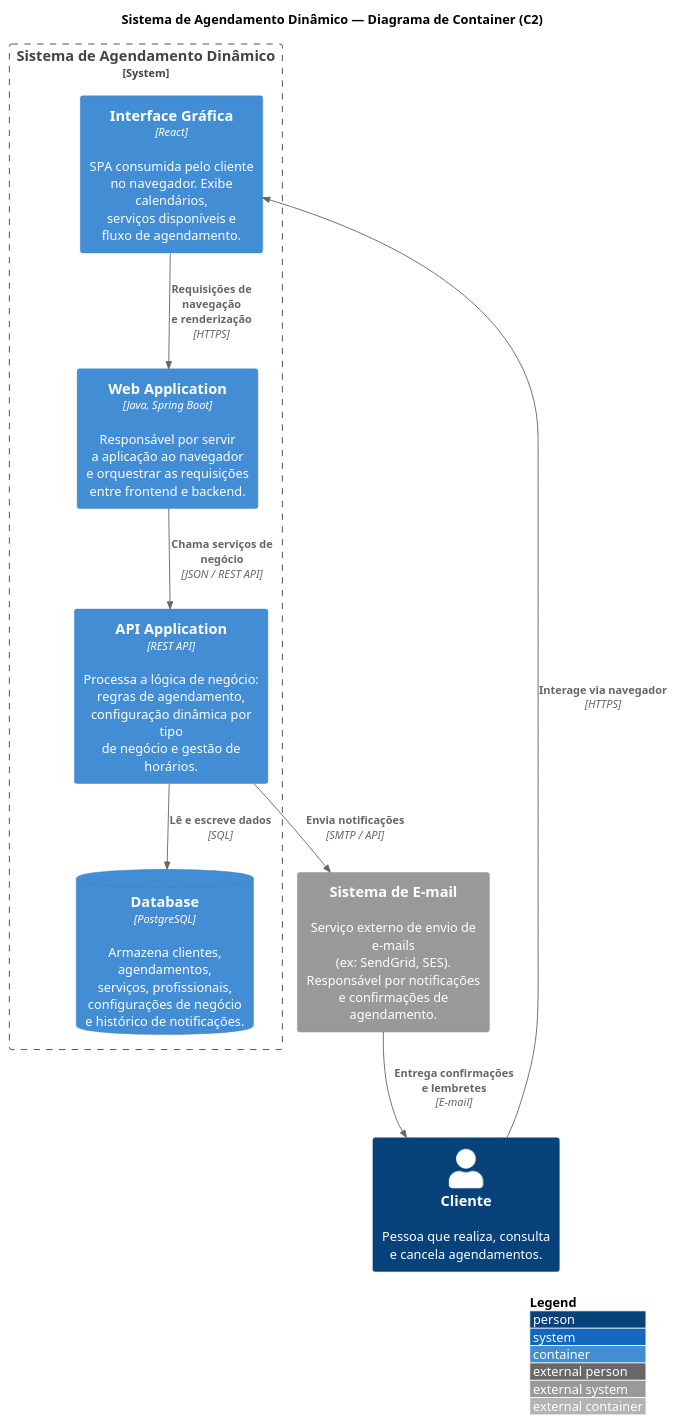
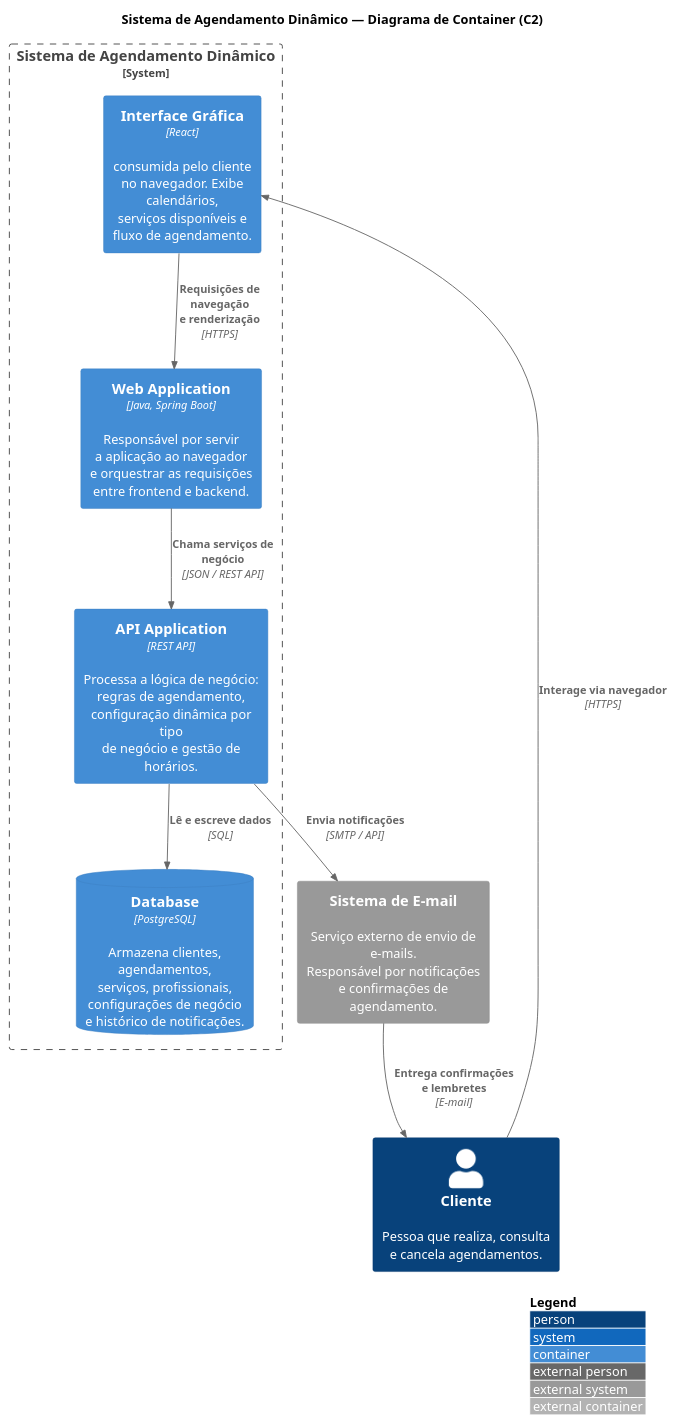
The diagram in DynamicAppointment/src/main/resources/UML/c2.puml (LeonardoAFer/DynamicAppointment), drawn with PlantUML before and after one commit. The commit also changed 20 other files, not shown here.

```diff
--- a/DynamicAppointment/src/main/resources/UML/c2.puml
+++ b/DynamicAppointment/src/main/resources/UML/c2.puml
@@ -1,30 +1,30 @@
 @startuml C4_Agendamento_C2
 !include https://raw.githubusercontent.com/plantuml-stdlib/C4-PlantUML/master/C4_Container.puml
 
 LAYOUT_WITH_LEGEND()
 
 title Sistema de Agendamento Dinâmico — Diagrama de Container (C2)
 
 Person(cliente, "Cliente", "Pessoa que realiza, consulta\ne cancela agendamentos.")
 
 System_Boundary(sistema, "Sistema de Agendamento Dinâmico") {
 
     Container(web_app, "Web Application", "Java, Spring Boot", "Responsável por servir\na aplicação ao navegador\ne orquestrar as requisições\nentre frontend e backend.")
 
-    Container(ui, "Interface Gráfica", "React", "SPA consumida pelo cliente\nno navegador. Exibe calendários,\nserviços disponíveis e\nfluxo de agendamento.")
+    Container(ui, "Interface Gráfica", "React", "consumida pelo cliente\nno navegador. Exibe calendários,\nserviços disponíveis e\nfluxo de agendamento.")
 
     Container(api, "API Application", "REST API", "Processa a lógica de negócio:\nregras de agendamento,\nconfiguração dinâmica por tipo\nde negócio e gestão de horários.")
 
     ContainerDb(db, "Database", "PostgreSQL", "Armazena clientes, agendamentos,\nserviços, profissionais,\nconfigurações de negócio\ne histórico de notificações.")
 }
 
-System_Ext(email, "Sistema de E-mail", "Serviço externo de envio de e-mails\n(ex: SendGrid, SES).\nResponsável por notificações\ne confirmações de agendamento.")
+System_Ext(email, "Sistema de E-mail", "Serviço externo de envio de e-mails.\nResponsável por notificações\ne confirmações de agendamento.")
 
 Rel(cliente, ui, "Interage via navegador", "HTTPS")
 Rel(ui, web_app, "Requisições de navegação\ne renderização", "HTTPS")
 Rel(web_app, api, "Chama serviços de negócio", "JSON / REST API")
 Rel(api, db, "Lê e escreve dados", "SQL")
 Rel(api, email, "Envia notificações", "SMTP / API")
 Rel(email, cliente, "Entrega confirmações\ne lembretes", "E-mail")
 
 @enduml
```
